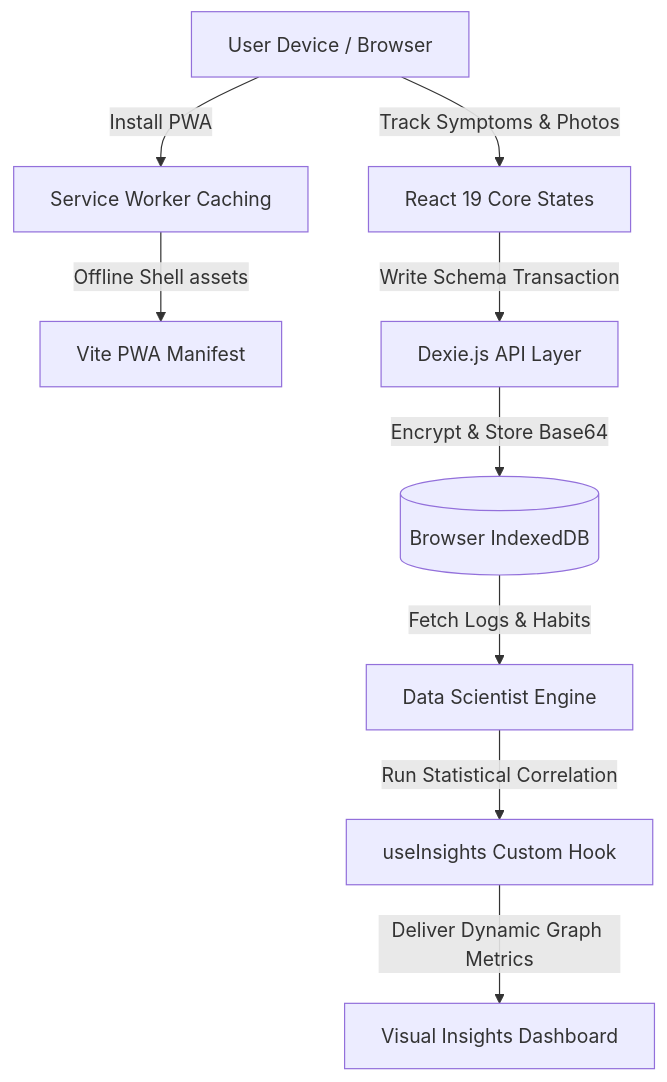
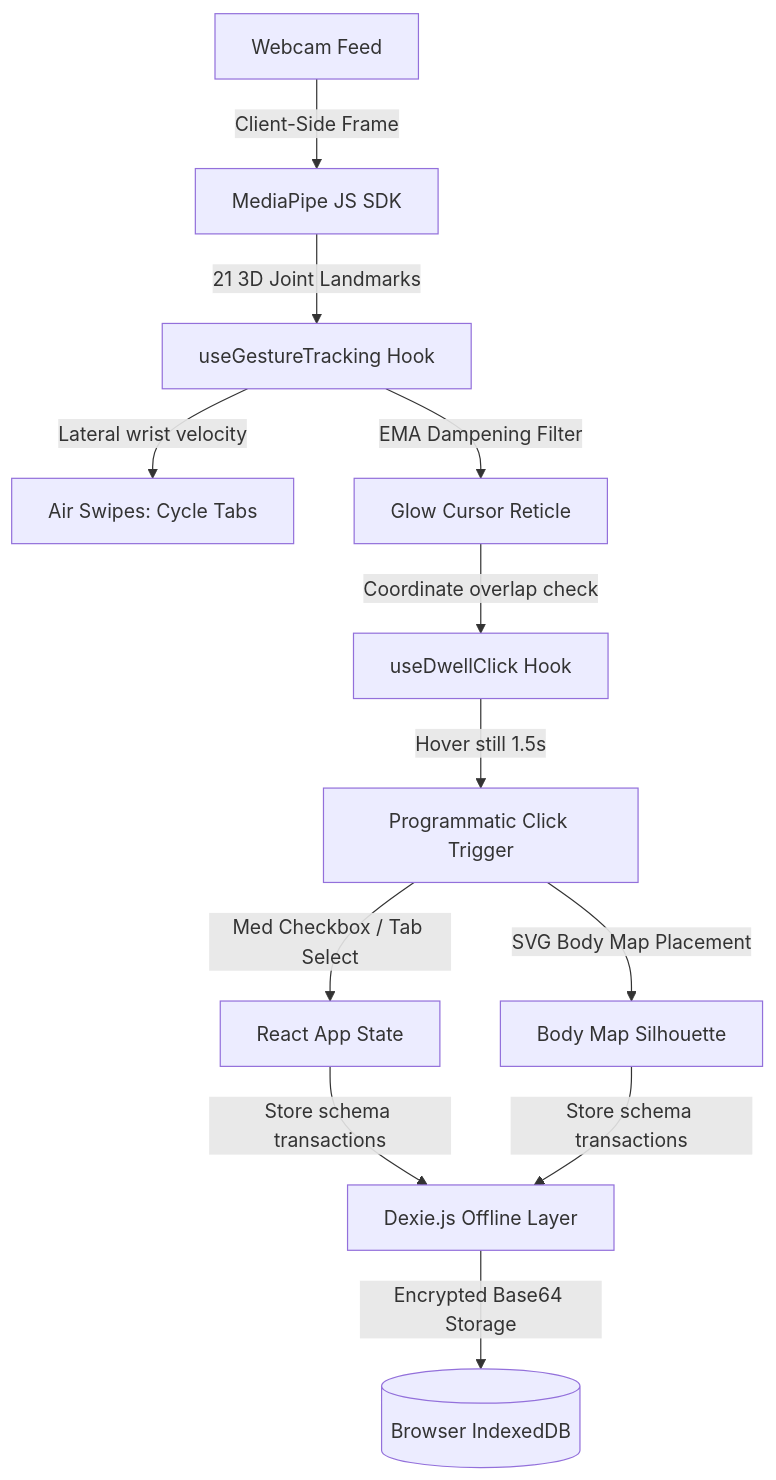
Before and after one commit to Stormynubee/psoriasis-companion: the diagram in README.md, drawn with Mermaid. The commit also changed other lines of this file and 8 other files, not shown here.

Commit message:
feat: integrate Aether Hands touchless gestural control (MediaPipe client-side tracking, EMA smoothing, dwell-clicking, lateral air swipes, and a cyber-HUD dashboard)

````diff
--- a/README.md
+++ b/README.md
@@ -21,13 +35,17 @@
 ```mermaid
 graph TD
-    A[User Device / Browser] -->|Install PWA| B[Service Worker Caching]
-    B -->|Offline Shell assets| C[Vite PWA Manifest]
+    A[Webcam Feed] -->|Client-Side Frame| B[MediaPipe JS SDK]
+    B -->|21 3D Joint Landmarks| C[useGestureTracking Hook]
     
-    A -->|Track Symptoms & Photos| D[React 19 Core States]
-    D -->|Write Schema Transaction| E[Dexie.js API Layer]
-    E -->|Encrypt & Store Base64| F[(Browser IndexedDB)]
+    C -->|Lateral wrist velocity| D[Air Swipes: Cycle Tabs]
+    C -->|EMA Dampening Filter| E[Glow Cursor Reticle]
     
-    F -->|Fetch Logs & Habits| G[Data Scientist Engine]
-    G -->|Run Statistical Correlation| H[useInsights Custom Hook]
-    H -->|Deliver Dynamic Graph Metrics| I[Visual Insights Dashboard]
+    E -->|Coordinate overlap check| F[useDwellClick Hook]
+    F -->|Hover still 1.5s| G[Programmatic Click Trigger]
+    
+    G -->|Med Checkbox / Tab Select| H[React App State]
+    G -->|SVG Body Map Placement| I[Body Map Silhouette]
+    
+    H & I -->|Store schema transactions| J[Dexie.js Offline Layer]
+    J -->|Encrypted Base64 Storage| K[(Browser IndexedDB)]
 ```
````
